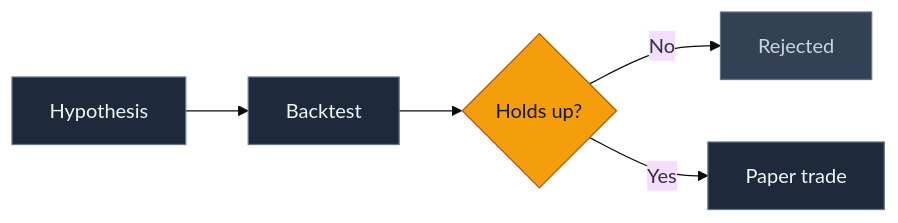
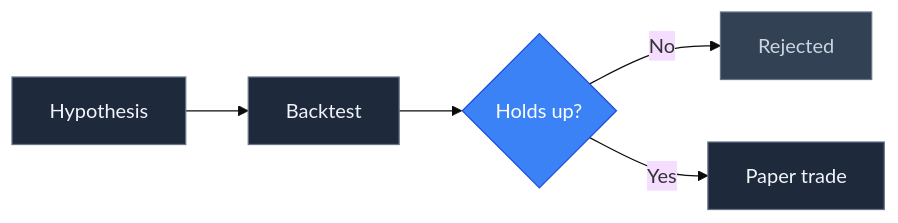
One commit to nqedgelab/nqedgelab changed the diagram in README.md. Above: the diagram before and after it, drawn with Mermaid (base theme). The commit also changed other lines of this file and 14 other files, not shown here.

````diff
--- a/README.md
+++ b/README.md
@@ -47,14 +47,14 @@
 ```mermaid
 flowchart LR
     A["Hypothesis"] --> B["Backtest"]
     B --> C{"Holds up?"}
     C -- No --> D["Rejected"]
     C -- Yes --> E["Paper trade"]
 
     classDef step fill:#1e293b,stroke:#64748b,color:#f1f5f9
-    classDef gate fill:#f59e0b,stroke:#b45309,color:#0f172a
+    classDef gate fill:#3b82f6,stroke:#1d4ed8,color:#ffffff
     classDef stop fill:#334155,stroke:#64748b,color:#cbd5e1
     class A,B,E step
     class C gate
     class D stop
 ```
````
